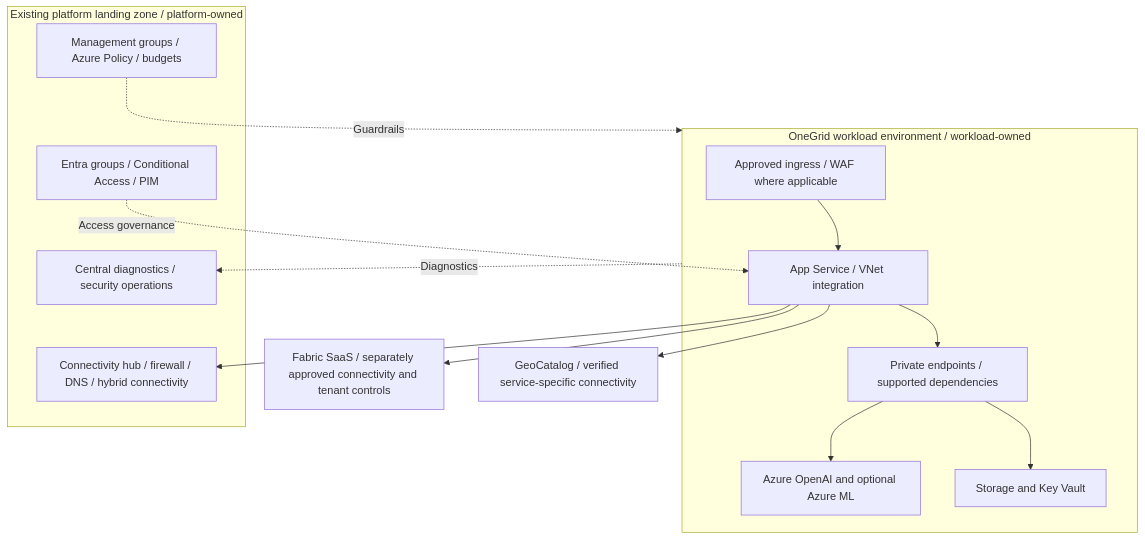
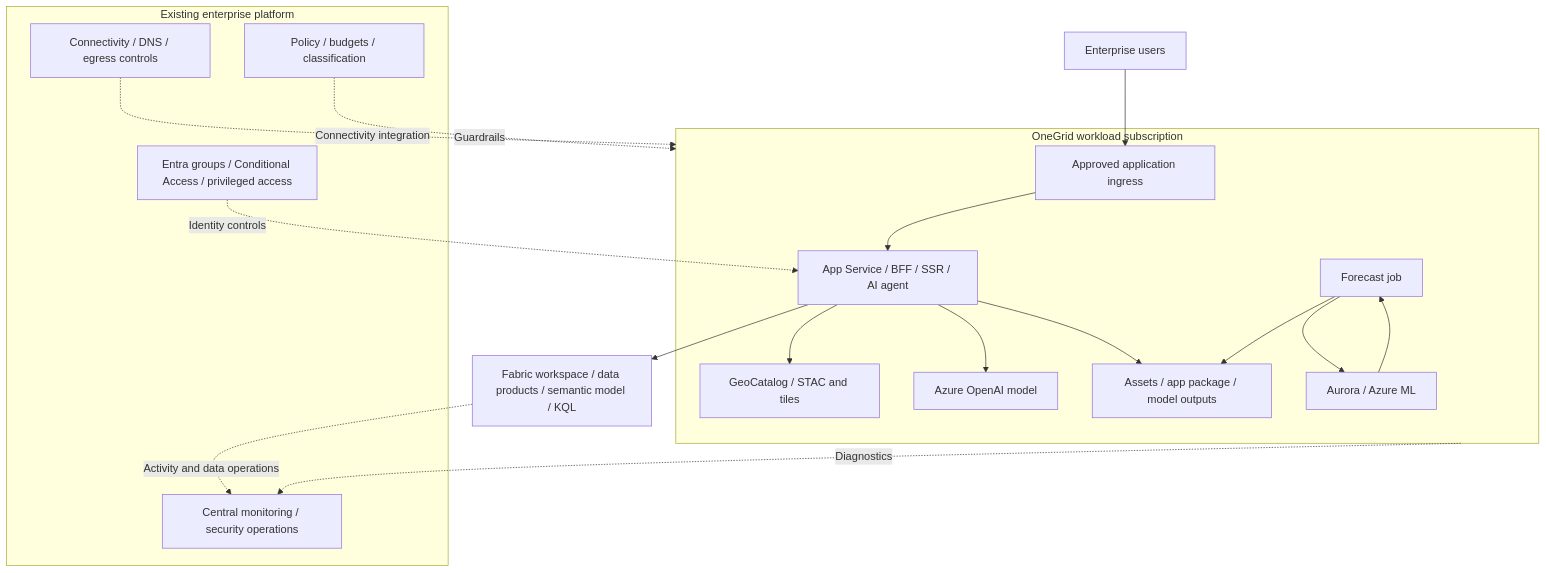
One commit to paulshaheen/OneGrid changed the diagram in docs/architecture/enterprise-landing-zone.md. Above: the diagram before and after it, drawn with Mermaid. The commit also changed other lines of this file and 9 other files, not shown here.

First line of the commit message:
docs: document OneGrid solution architecture and operations

````diff
--- a/docs/architecture/enterprise-landing-zone.md
+++ b/docs/architecture/enterprise-landing-zone.md
@@ -41,26 +22,25 @@
 ```mermaid
 flowchart TB
-    subgraph Workload["OneGrid workload environment / workload-owned"]
-        Edge[Approved ingress / WAF where applicable]
-        App[App Service / VNet integration]
-        PE[Private endpoints / supported dependencies]
-        Models[Azure OpenAI and optional Azure ML]
-        Storage[Storage and Key Vault]
-        Edge --> App
-        App --> PE
-        PE --> Models
-        PE --> Storage
+    Users[Enterprise users] --> Access[Approved application ingress]
+    subgraph Workload[OneGrid workload subscription]
+        Access --> App[App Service / BFF / SSR / AI agent]
+        App --> Geo[GeoCatalog / STAC and tiles]
+        App --> AI[Azure OpenAI model]
+        App --> Storage[Assets / app package / model outputs]
+        Job[Forecast job] --> ML[Aurora / Azure ML]
+        ML --> Job
+        Job --> Storage
     end
-    subgraph Platform["Existing platform landing zone / platform-owned"]
-        Identity[Entra groups / Conditional Access / PIM]
-        Policy[Management groups / Azure Policy / budgets]
-        Hub[Connectivity hub / firewall / DNS / hybrid connectivity]
-        SOC[Central diagnostics / security operations]
+    App --> Fabric[Fabric workspace / data products / semantic model / KQL]
+    subgraph Platform[Existing enterprise platform]
+        Entra[Entra groups / Conditional Access / privileged access]
+        Network[Connectivity / DNS / egress controls]
+        Governance[Policy / budgets / classification]
+        Monitor[Central monitoring / security operations]
     end
-    Identity -. Access governance .-> App
-    Policy -. Guardrails .-> Workload
-    App --> Hub
-    Workload -. Diagnostics .-> SOC
-    App --> Fabric[Fabric SaaS / separately approved connectivity and tenant controls]
-    App --> Geo[GeoCatalog / verified service-specific connectivity]
+    Entra -. Identity controls .-> App
+    Network -. Connectivity integration .-> Workload
+    Governance -. Guardrails .-> Workload
+    Workload -. Diagnostics .-> Monitor
+    Fabric -. Activity and data operations .-> Monitor
 ```
````
